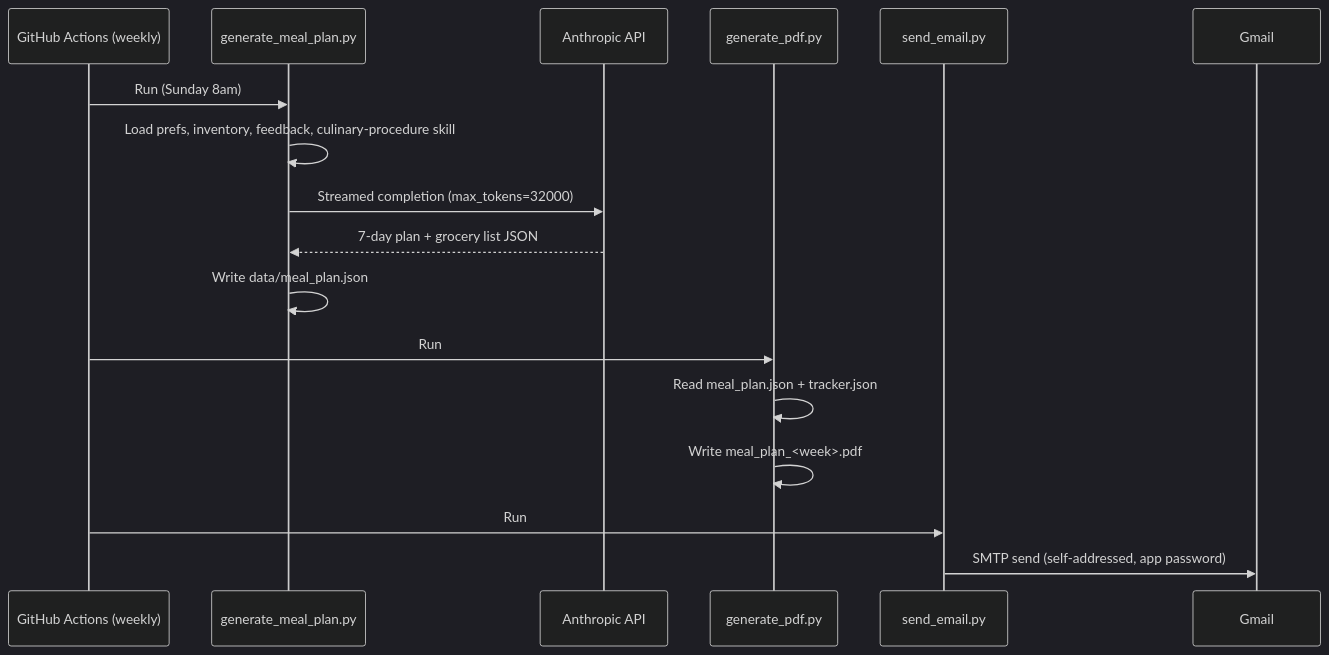
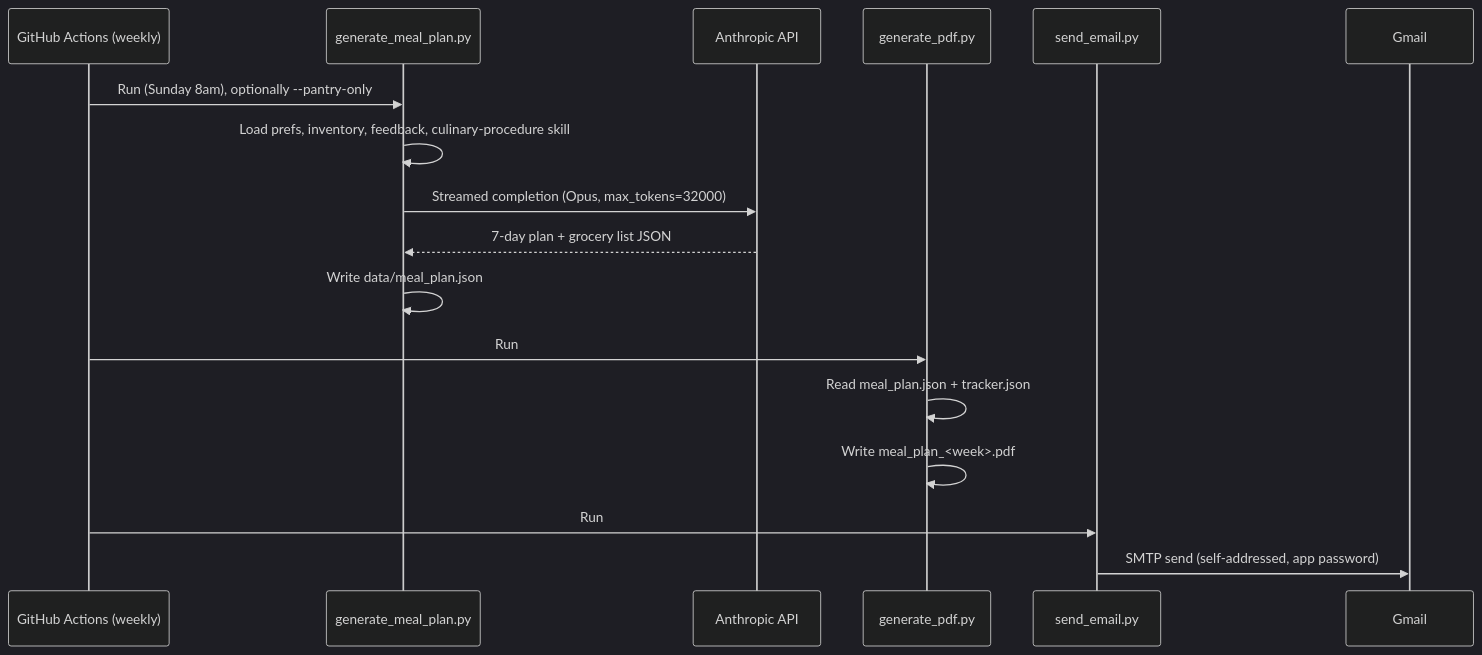
One commit to adreyn2-web/EA changed the sixth of 6 diagrams in docs/CODEBASE_MAP.md. Above: the diagram before and after it, drawn with Mermaid (dark theme). The commit also changed other lines of this file and 5 other files, not shown here.

````diff
--- a/docs/CODEBASE_MAP.md
+++ b/docs/CODEBASE_MAP.md
@@ -238,20 +377,20 @@
 ```mermaid
 sequenceDiagram
     participant GHA as GitHub Actions (weekly)
     participant Gen as generate_meal_plan.py
     participant Claude as Anthropic API
     participant PDF as generate_pdf.py
     participant Email as send_email.py
     participant Gmail
 
-    GHA->>Gen: Run (Sunday 8am)
+    GHA->>Gen: Run (Sunday 8am), optionally --pantry-only
     Gen->>Gen: Load prefs, inventory, feedback, culinary-procedure skill
-    Gen->>Claude: Streamed completion (max_tokens=32000)
+    Gen->>Claude: Streamed completion (Opus, max_tokens=32000)
     Claude-->>Gen: 7-day plan + grocery list JSON
     Gen->>Gen: Write data/meal_plan.json
     GHA->>PDF: Run
     PDF->>PDF: Read meal_plan.json + tracker.json
     PDF->>PDF: Write meal_plan_<week>.pdf
     GHA->>Email: Run
     Email->>Gmail: SMTP send (self-addressed, app password)
 ```
````
